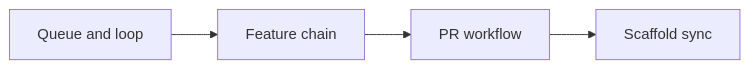
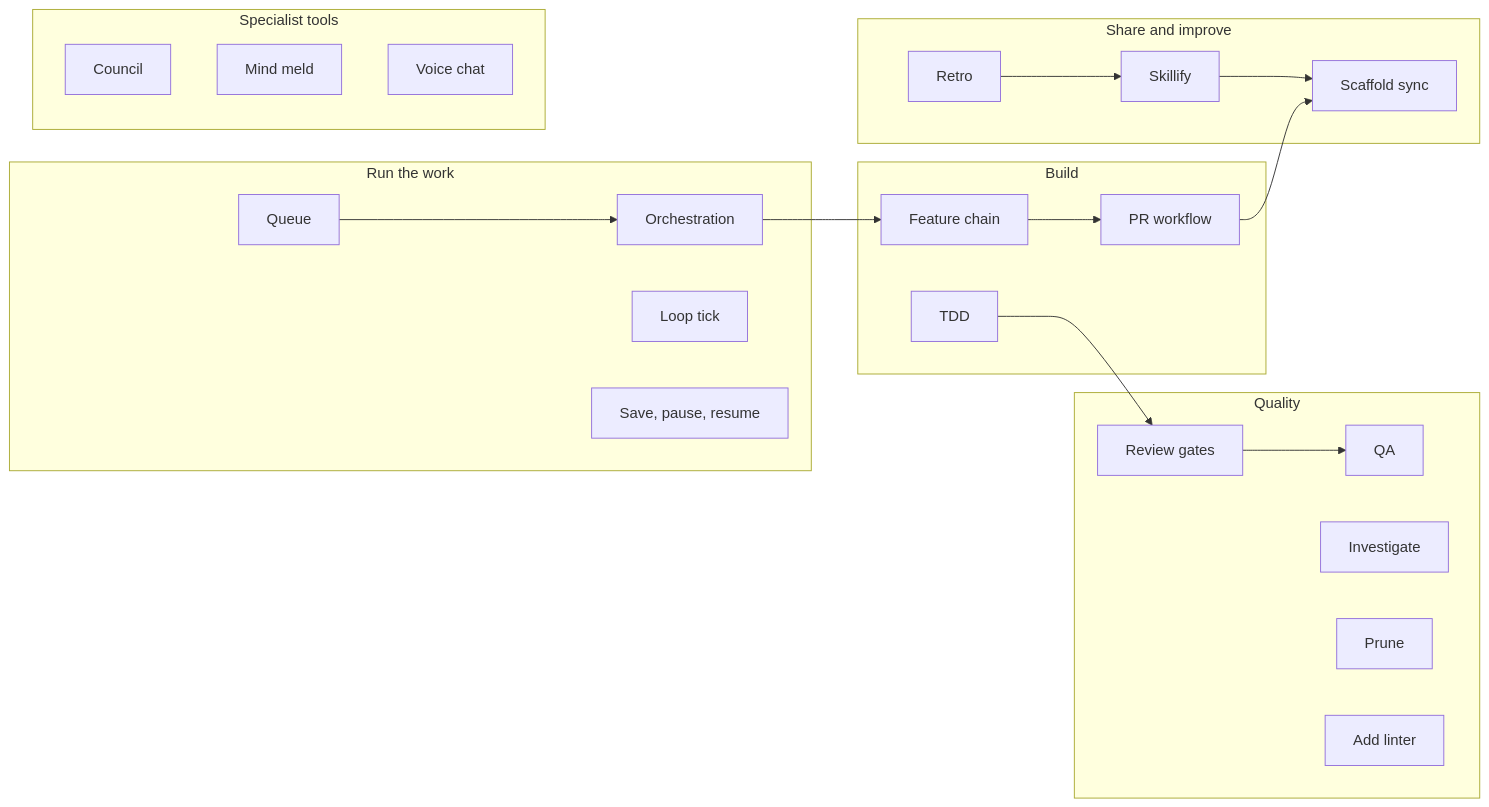
Before and after one commit to victusfate/scaffold: the diagram in docs/diagrams/pages/system-map.md, drawn with Mermaid. The commit also changed other lines of this file and 3 other files, not shown here.

First line of the commit message:
feat(diagram-explorer-md): map overview groups every node by lane; full system map

````diff
--- a/docs/diagrams/pages/system-map.md
+++ b/docs/diagrams/pages/system-map.md
@@ -5,6 +5,39 @@
 ```mermaid
 flowchart LR
-  queue["Queue and loop"] --> feature["Feature chain"]
-  feature["Feature chain"] --> pr["PR workflow"]
-  pr["PR workflow"] --> sync["Scaffold sync"]
+  subgraph run["Run the work"]
+    orchestration["Orchestration"]
+    queue["Queue"]
+    loop["Loop tick"]
+    continuity["Save, pause, resume"]
+  end
+  subgraph build["Build"]
+    feature["Feature chain"]
+    tdd["TDD"]
+    pr["PR workflow"]
+  end
+  subgraph quality["Quality"]
+    gates["Review gates"]
+    qa["QA"]
+    investigate["Investigate"]
+    prune["Prune"]
+    linter["Add linter"]
+  end
+  subgraph share["Share and improve"]
+    sync["Scaffold sync"]
+    skillify["Skillify"]
+    retro["Retro"]
+  end
+  subgraph tools["Specialist tools"]
+    council["Council"]
+    mindmeld["Mind meld"]
+    voice["Voice chat"]
+  end
+  queue --> orchestration
+  orchestration --> feature
+  feature --> pr
+  pr --> sync
+  tdd --> gates
+  gates --> qa
+  retro --> skillify
+  skillify --> sync
 ```
````
